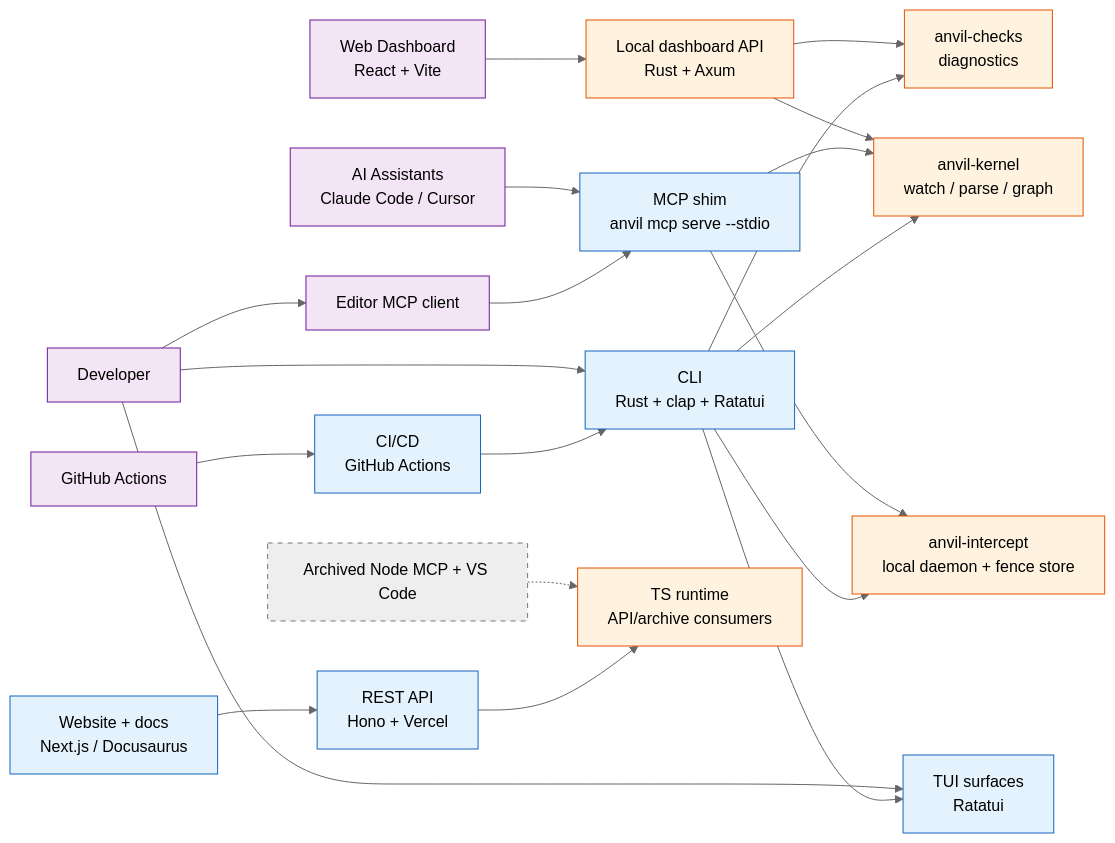
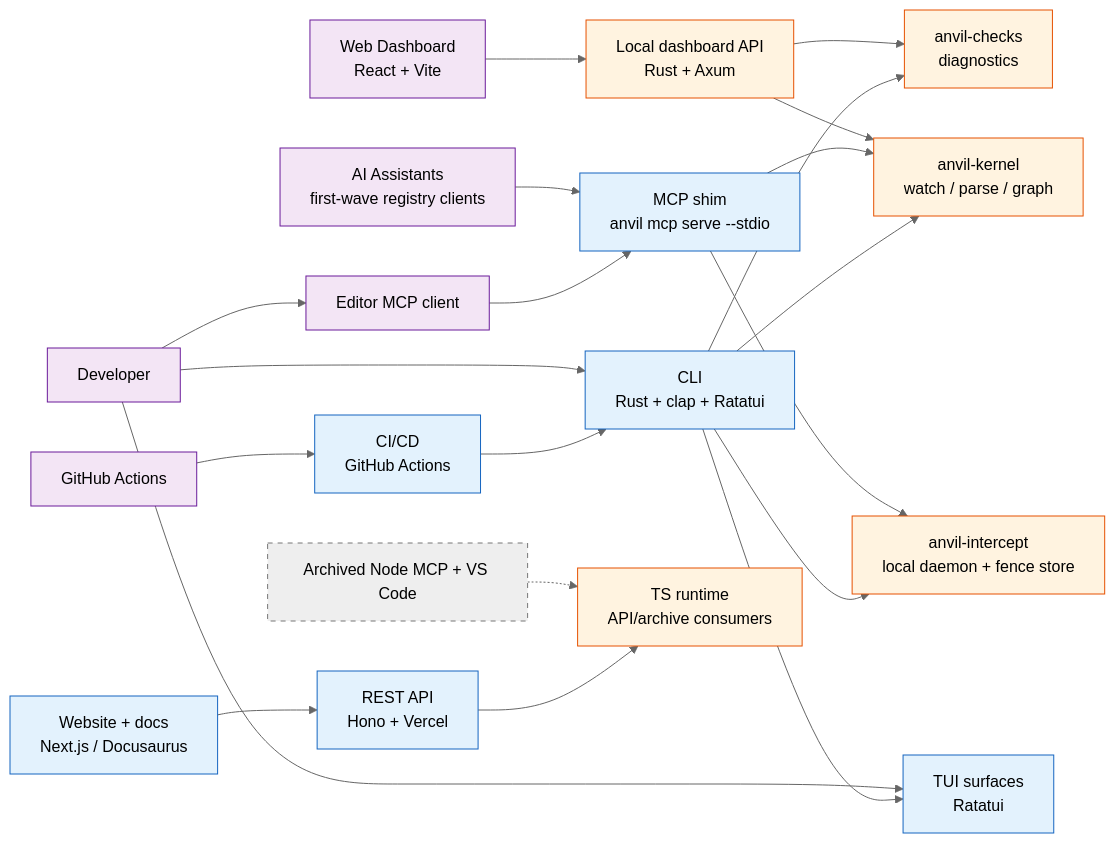
Before and after one commit to eddacraft/eddacraft-tui: the fourth of 5 diagrams in docs/architecture/overview.md, drawn with Mermaid (neutral theme). The commit also changed other lines of this file and 40 other files, not shown here.

Commit message:
feat(cli): ship skills and MCP first wave

````diff
--- a/docs/architecture/overview.md
+++ b/docs/architecture/overview.md
@@ -331,54 +332,54 @@
 ```mermaid
 graph LR
     kernel["anvil-kernel<br/>watch / parse / graph"]
     checks["anvil-checks<br/>diagnostics"]
     intercept["anvil-intercept<br/>local daemon + fence store"]
 
     cli["CLI<br/>Rust + clap + Ratatui"]
     tui["TUI surfaces<br/>Ratatui"]
     mcp["MCP shim<br/>anvil mcp serve --stdio"]
     api["REST API<br/>Hono + Vercel"]
     dashboard_server["Local dashboard API<br/>Rust + Axum"]
     cicd["CI/CD<br/>GitHub Actions"]
     dashboard["Web Dashboard<br/>React + Vite"]
     website["Website + docs<br/>Next.js / Docusaurus"]
     legacy["Archived Node MCP + VS Code"]
 
     cli --> kernel
     cli --> checks
     cli --> tui
     cli --> intercept
     mcp --> intercept
     mcp --> kernel
     dashboard --> dashboard_server
     dashboard_server --> kernel
     dashboard_server --> checks
     api --> runtime
     website --> api
     cicd --> cli
     legacy -.-> runtime
 
     runtime["TS runtime<br/>API/archive consumers"]
 
-    ai["AI Assistants<br/>Claude Code / Cursor"]
+    ai["AI Assistants<br/>first-wave registry clients"]
     editor["Editor MCP client"]
     developer["Developer"]
     pipeline["GitHub Actions"]
 
     developer --> cli
     developer --> tui
     developer --> editor
     editor --> mcp
     ai --> mcp
     pipeline --> cicd
 
     classDef surface fill:#e3f2fd,stroke:#1565c0
     classDef runtime fill:#fff3e0,stroke:#e65100
     classDef consumer fill:#f3e5f5,stroke:#6a1b9a
     classDef archive fill:#eeeeee,stroke:#777,stroke-dasharray: 5 5
 
     class cli,tui,mcp,api,cicd,dashboard,website surface
     class kernel,checks,intercept,dashboard_server,runtime runtime
     class dashboard,ai,editor,developer,pipeline consumer
     class legacy archive
 ```
````
